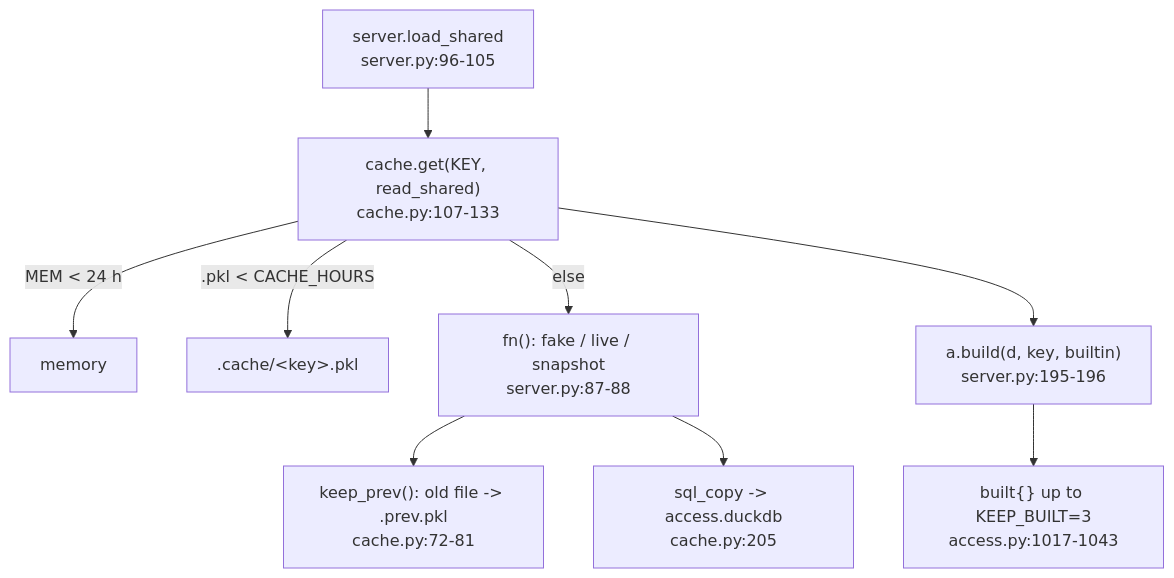
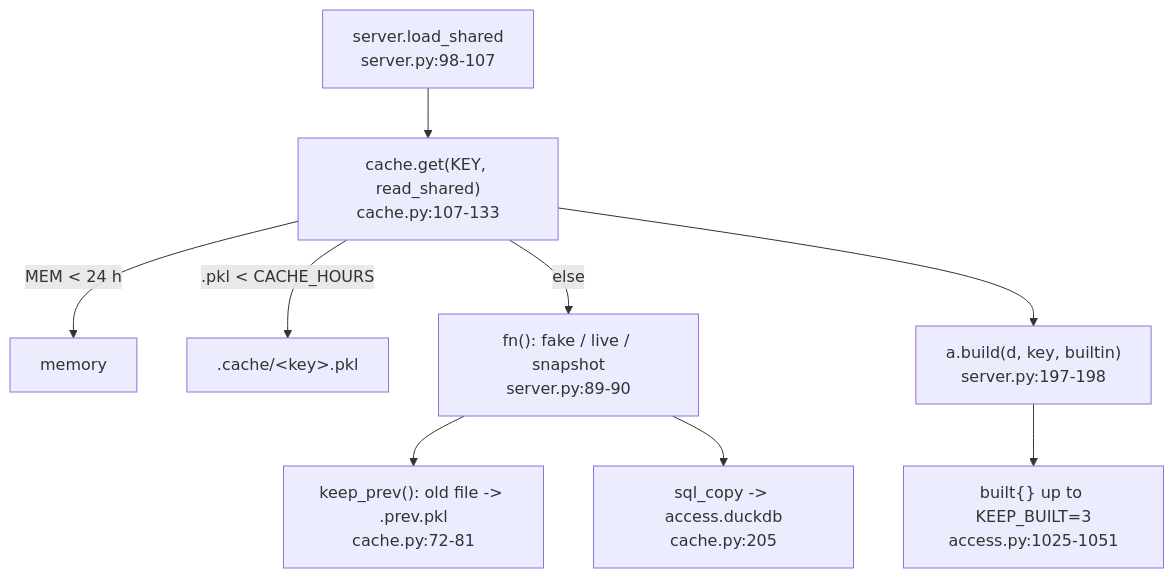
Before and after one commit to darshanmeel/snowflake-access-explorer: the diagram in snowflake-access-explorer-knowledge-graph/logic/caching.md, drawn with Mermaid. The commit also changed other lines of this file and 73 other files, not shown here.

Commit message:
Knowledge graph: review fixes (escaped SQL names, CSV head rows, own queries out in Snowflake, UTC window, snapshot re-read, answer cache, docs)

````diff
--- a/snowflake-access-explorer-knowledge-graph/logic/caching.md
+++ b/snowflake-access-explorer-knowledge-graph/logic/caching.md
@@ -6,11 +6,11 @@
 ```mermaid
 flowchart TD
-  LS["server.load_shared<br/>server.py:96-105"] --> G["cache.get(KEY, read_shared)<br/>cache.py:107-133"]
+  LS["server.load_shared<br/>server.py:98-107"] --> G["cache.get(KEY, read_shared)<br/>cache.py:107-133"]
   G -->|"MEM < 24 h"| M[memory]
   G -->|".pkl < CACHE_HOURS"| P[".cache/&lt;key&gt;.pkl"]
-  G -->|else| R["fn(): fake / live / snapshot<br/>server.py:87-88"]
+  G -->|else| R["fn(): fake / live / snapshot<br/>server.py:89-90"]
   R --> KP["keep_prev(): old file -> .prev.pkl<br/>cache.py:72-81"]
   R --> SQ["sql_copy -> access.duckdb<br/>cache.py:205"]
-  G --> B["a.build(d, key, builtin)<br/>server.py:195-196"]
-  B --> KB["built{} up to KEEP_BUILT=3<br/>access.py:1017-1043"]
+  G --> B["a.build(d, key, builtin)<br/>server.py:197-198"]
+  B --> KB["built{} up to KEEP_BUILT=3<br/>access.py:1025-1051"]
 ```
````
